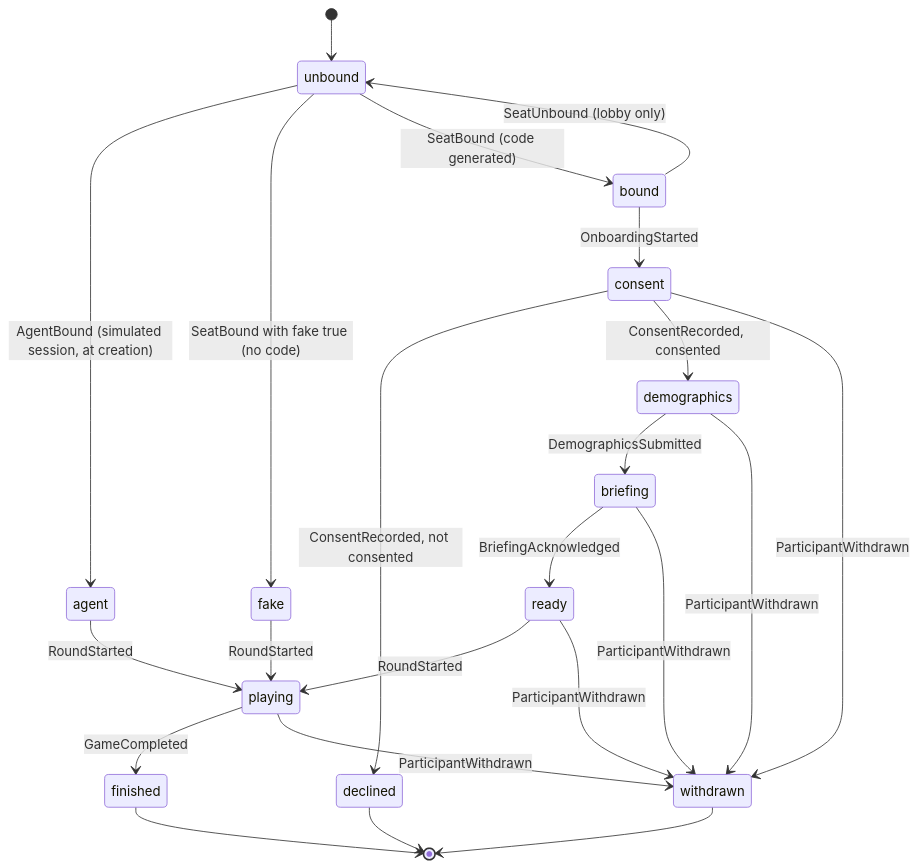
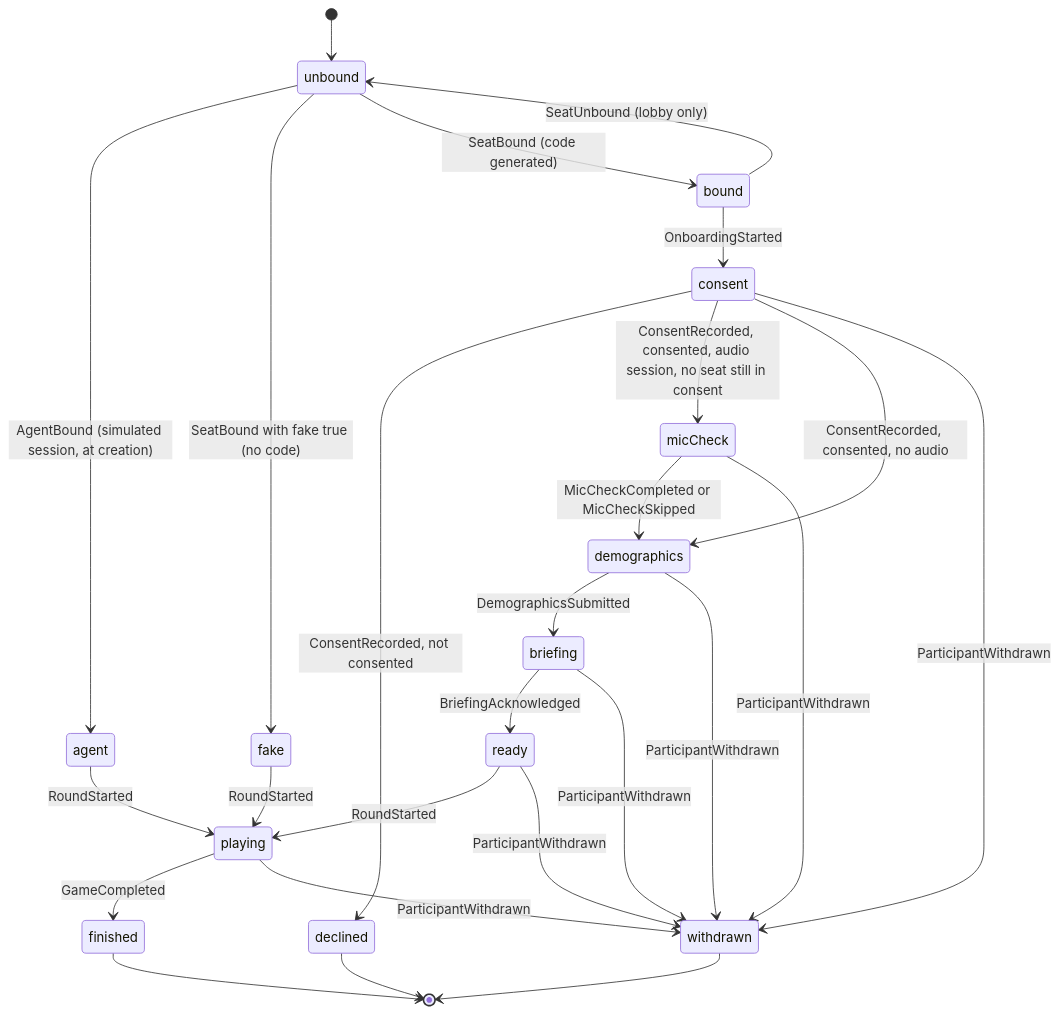
Before and after one commit to xy-zak/WhoKnowsWhoActs: the fifth of 9 diagrams in docs/ARCHITECTURE.md, drawn with Mermaid. The commit also changed other lines of this file and 19 other files, not shown here.

````diff
--- a/docs/ARCHITECTURE.md
+++ b/docs/ARCHITECTURE.md
@@ -271,25 +283,28 @@
 ```mermaid
 stateDiagram-v2
   [*] --> unbound
   unbound --> agent: AgentBound (simulated session, at creation)
   agent --> playing: RoundStarted
   unbound --> fake: SeatBound with fake true (no code)
   fake --> playing: RoundStarted
   unbound --> bound: SeatBound (code generated)
   bound --> unbound: SeatUnbound (lobby only)
   bound --> consent: OnboardingStarted
   consent --> declined: ConsentRecorded, not consented
-  consent --> demographics: ConsentRecorded, consented
+  consent --> micCheck: ConsentRecorded, consented, audio session, no seat still in consent
+  consent --> demographics: ConsentRecorded, consented, no audio
+  micCheck --> demographics: MicCheckCompleted or MicCheckSkipped
   demographics --> briefing: DemographicsSubmitted
   briefing --> ready: BriefingAcknowledged
   ready --> playing: RoundStarted
   playing --> finished: GameCompleted
   consent --> withdrawn: ParticipantWithdrawn
+  micCheck --> withdrawn: ParticipantWithdrawn
   demographics --> withdrawn: ParticipantWithdrawn
   briefing --> withdrawn: ParticipantWithdrawn
   ready --> withdrawn: ParticipantWithdrawn
   playing --> withdrawn: ParticipantWithdrawn
   declined --> [*]
   withdrawn --> [*]
   finished --> [*]
 ```
````
